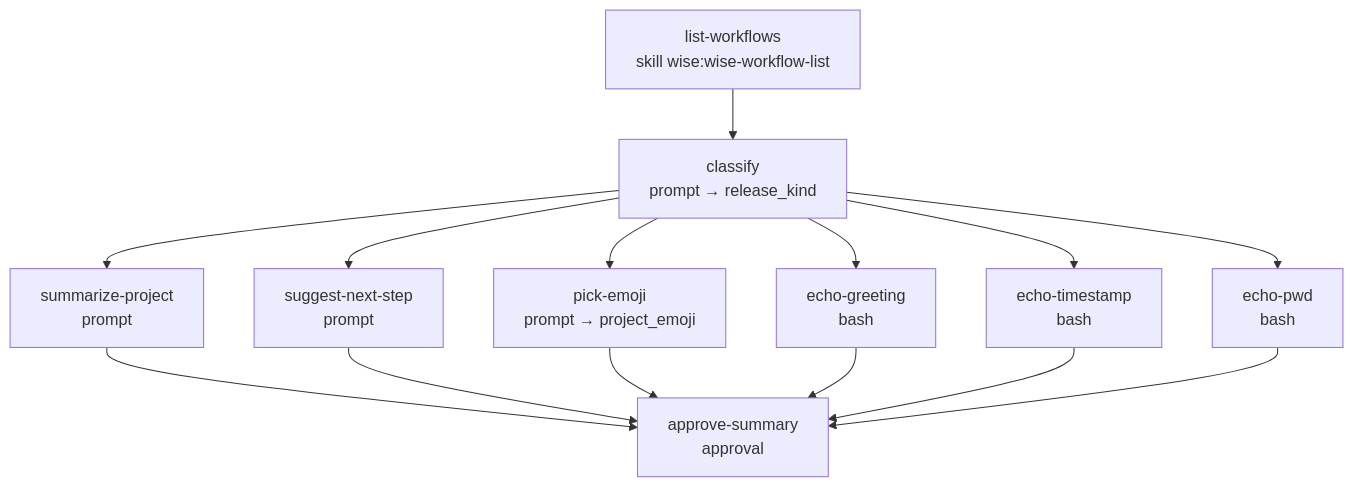
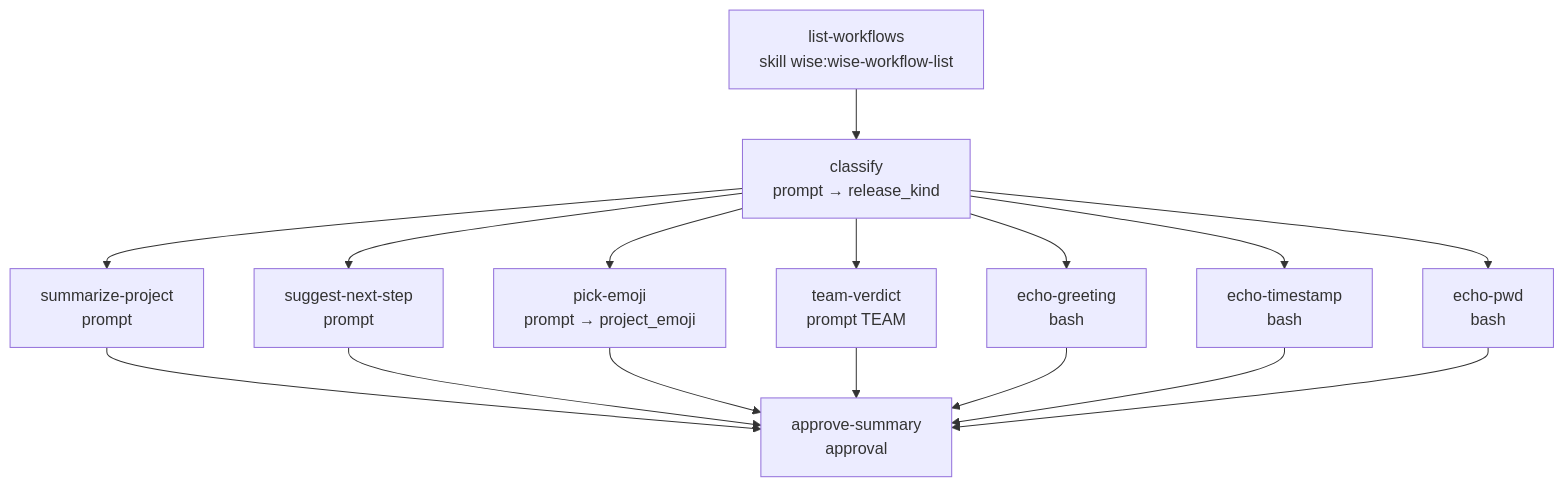
One commit to e1024kb/wise-claude changed the diagram in plugins/wise/workflows/example-workflow/README.md. Above: the diagram before and after it, drawn with Mermaid. The commit also changed other lines of this file and 30 other files, not shown here.

````diff
--- a/plugins/wise/workflows/example-workflow/README.md
+++ b/plugins/wise/workflows/example-workflow/README.md
@@ -44,16 +45,18 @@
 ```mermaid
 flowchart TD
     A[list-workflows<br/>skill wise:wise-workflow-list] --> B[classify<br/>prompt → release_kind]
     B --> C[summarize-project<br/>prompt]
     B --> D[suggest-next-step<br/>prompt]
     B --> E[pick-emoji<br/>prompt → project_emoji]
+    B --> T[team-verdict<br/>prompt TEAM]
     B --> F[echo-greeting<br/>bash]
     B --> G[echo-timestamp<br/>bash]
     B --> H[echo-pwd<br/>bash]
     C --> I
     D --> I
     E --> I
+    T --> I
     F --> I
     G --> I
     H --> I[approve-summary<br/>approval]
 ```
````
